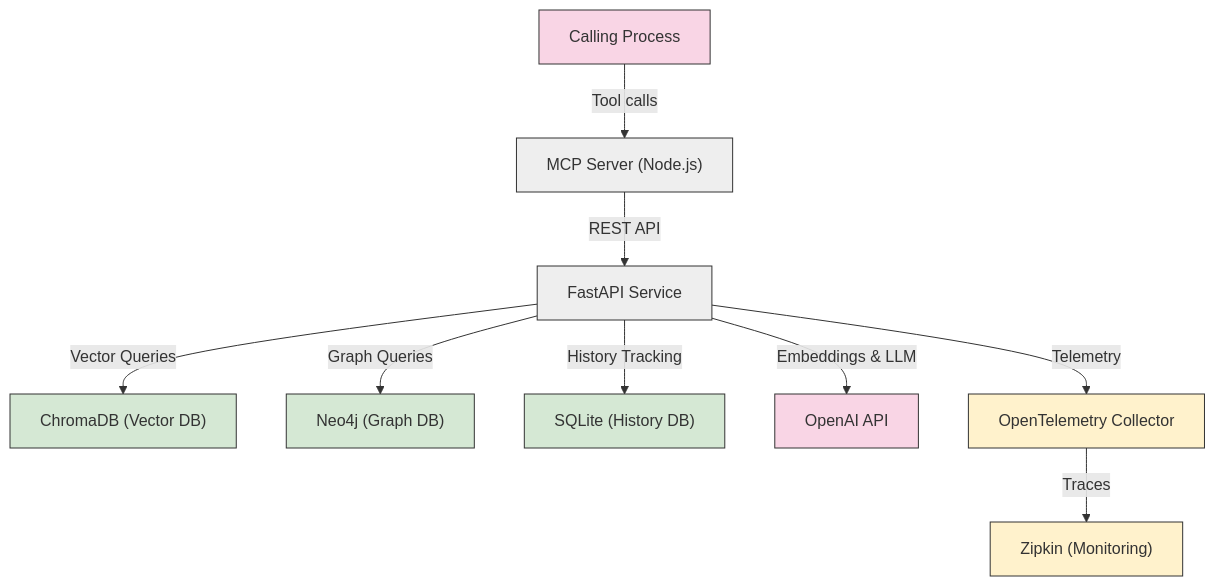
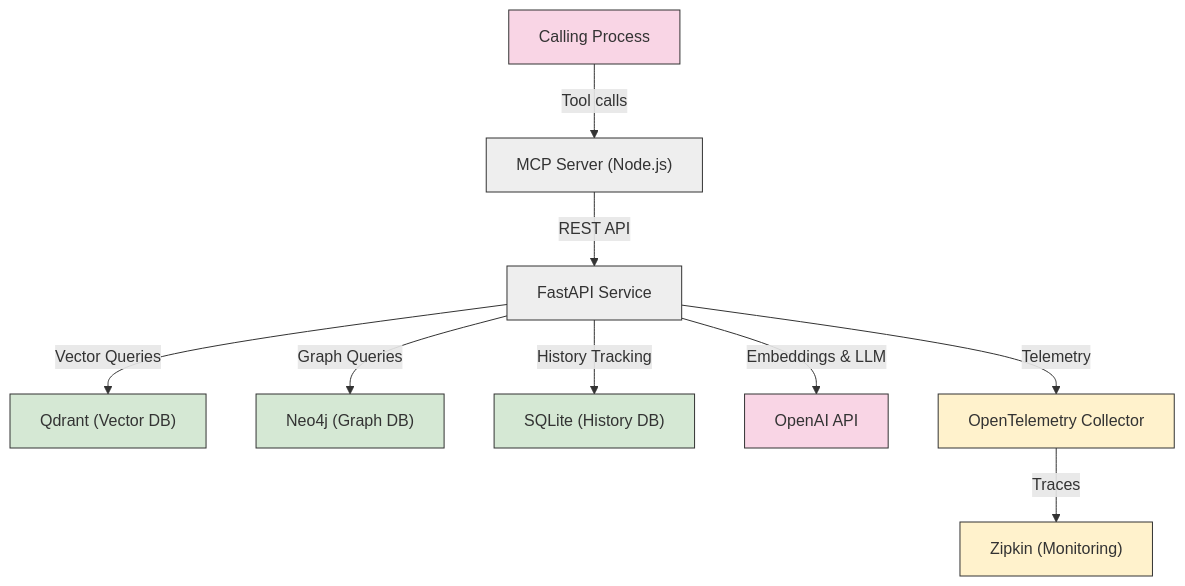
One commit to darrynv/dangeroo changed the first of 11 diagrams in dangeroo-mem0-mcp/docs/dangeroo-architecture.md. Above: the diagram before and after it, drawn with Mermaid. The commit also changed other lines of this file and 7 other files, not shown here.

````diff
--- a/dangeroo-mem0-mcp/docs/dangeroo-architecture.md
+++ b/dangeroo-mem0-mcp/docs/dangeroo-architecture.md
@@ -7,32 +7,32 @@
 ```mermaid
 graph TB
     CallingProcess["Calling Process"]
     MCP["MCP Server (Node.js)"]
     FastAPI["FastAPI Service"]
-    Chroma["ChromaDB (Vector DB)"]
+    Qdrant["Qdrant (Vector DB)"]
     Neo4j["Neo4j (Graph DB)"]
     History["SQLite (History DB)"]
     OpenAI["OpenAI API"]
     OpenTelemetry["OpenTelemetry Collector"]
     Zipkin["Zipkin (Monitoring)"]
 
     CallingProcess -->|Tool calls| MCP
     MCP -->|REST API| FastAPI
-    FastAPI -->|Vector Queries| Chroma
+    FastAPI -->|Vector Queries| Qdrant
     FastAPI -->|Graph Queries| Neo4j
     FastAPI -->|History Tracking| History
     FastAPI -->|Embeddings & LLM| OpenAI
     FastAPI -->|Telemetry| OpenTelemetry
     OpenTelemetry -->|Traces| Zipkin
 
     classDef aiComponent fill:#f9d5e5,stroke:#333,stroke-width:1px;
     classDef apiComponent fill:#eeeeee,stroke:#333,stroke-width:1px;
     classDef dbComponent fill:#d5e8d4,stroke:#333,stroke-width:1px;
     classDef monitoringComponent fill:#fff2cc,stroke:#333,stroke-width:1px;
 
     class CallingProcess aiComponent;
     class MCP,FastAPI apiComponent;
-    class Chroma,Neo4j,History dbComponent;
+    class Qdrant,Neo4j,History dbComponent;
     class OpenTelemetry,Zipkin monitoringComponent;
     class OpenAI aiComponent;
 ```
````
